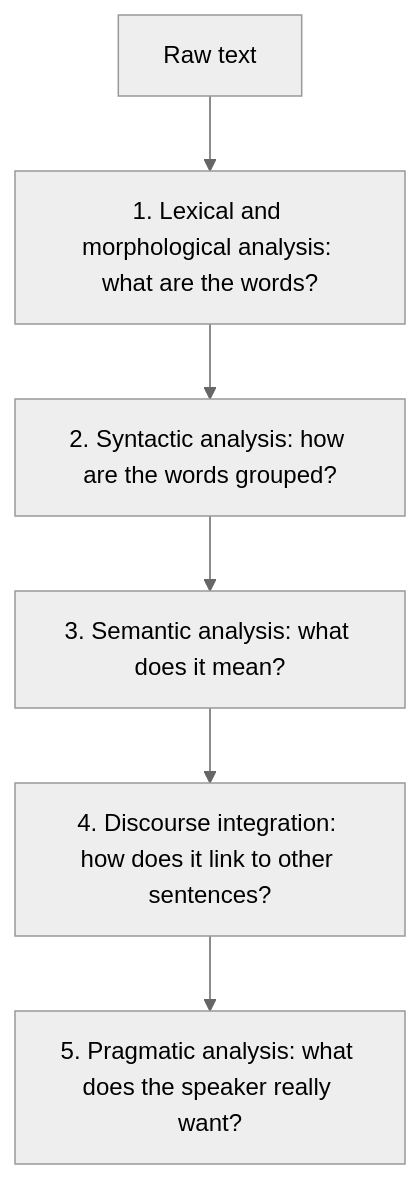
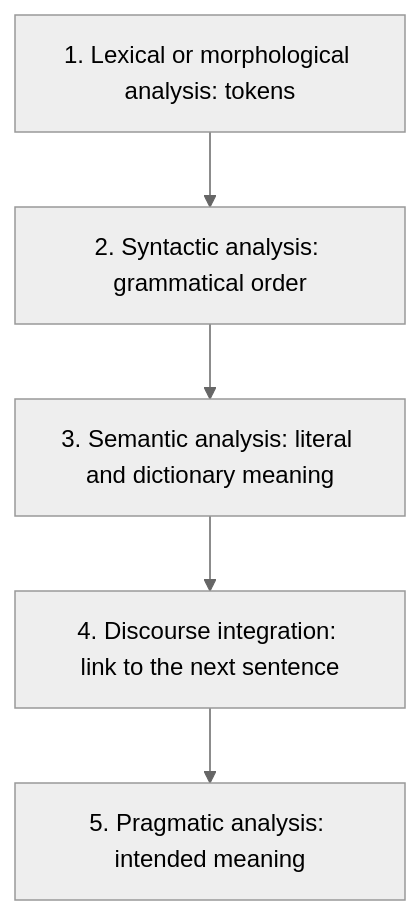
The diagram in content/natural-language-processing/pyq/2025-05-ce/q2b.mdx (TrendySloth1001/sem-seven-notes), drawn with Mermaid (neutral theme) before and after one commit. The commit also changed other lines of this file and 406 other files, not shown here.

````diff
--- a/content/natural-language-processing/pyq/2025-05-ce/q2b.mdx
+++ b/content/natural-language-processing/pyq/2025-05-ce/q2b.mdx
@@ -9,9 +13,8 @@
 ```mermaid
-%% caption: The five stages of NLP. Each stage uses the output of the one before it.
+%% caption: The five stages of NLP in order. Each stage checks one more thing about the sentence.
 flowchart TD
-  A["Raw text"] --> B["1. Lexical and morphological analysis: what are the words?"]
-  B --> C["2. Syntactic analysis: how are the words grouped?"]
-  C --> D["3. Semantic analysis: what does it mean?"]
-  D --> E["4. Discourse integration: how does it link to other sentences?"]
-  E --> F["5. Pragmatic analysis: what does the speaker really want?"]
+  A["1. Lexical or morphological analysis: tokens"] --> B["2. Syntactic analysis: grammatical order"]
+  B --> C["3. Semantic analysis: literal and dictionary meaning"]
+  C --> D["4. Discourse integration: link to the next sentence"]
+  D --> E["5. Pragmatic analysis: intended meaning"]
 ```
````
